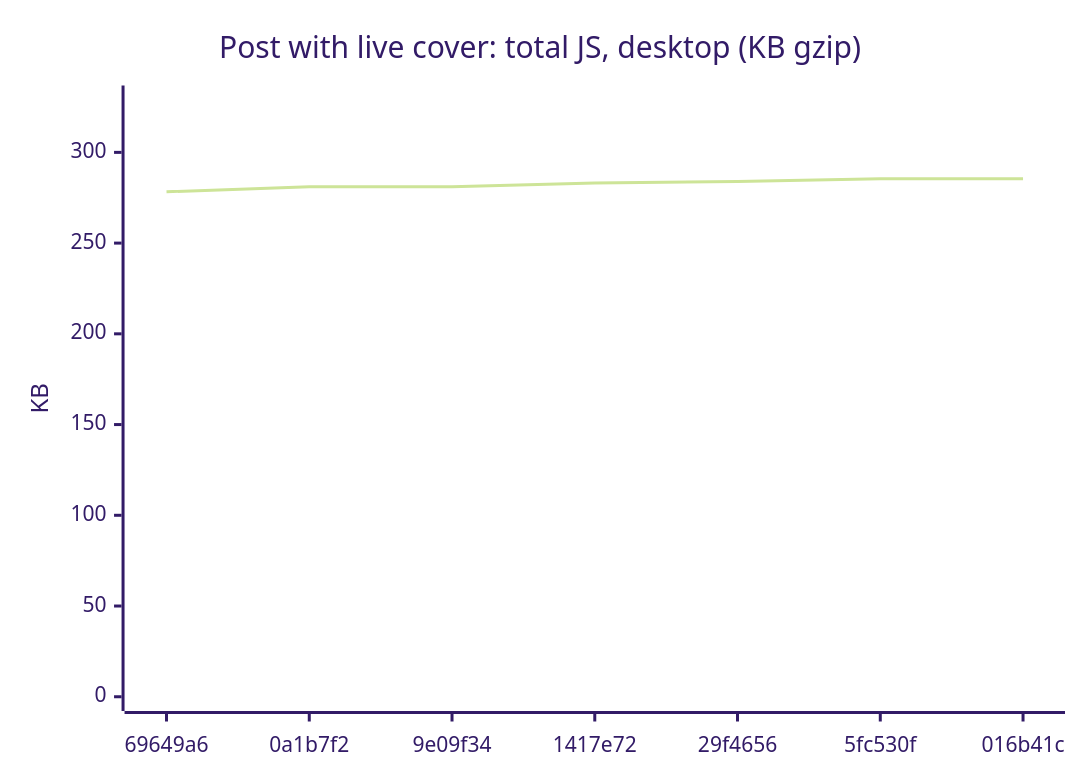
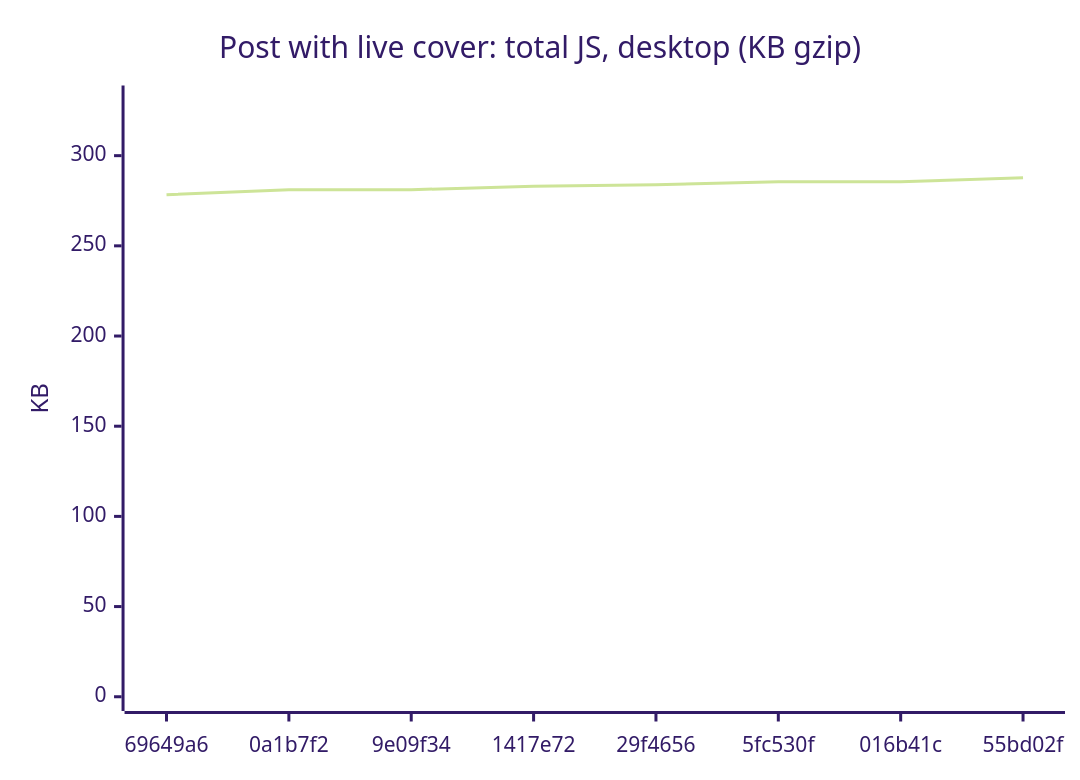
Before and after one commit to AxelUser/maltsev.space: diagram 13 of 18 in README.md, drawn with Mermaid (forest theme). The commit also changed other lines of this file and 1 other file, not shown here.

````diff
--- a/README.md
+++ b/README.md
@@ -143,7 +143,7 @@
 ```mermaid
 xychart-beta
   title "Post with live cover: total JS, desktop (KB gzip)"
-  x-axis ["69649a6", "0a1b7f2", "9e09f34", "1417e72", "29f4656", "5fc530f", "016b41c"]
-  y-axis "KB" 0 --> 329
-  line [278.3, 281.1, 281.1, 283.1, 283.9, 285.5, 285.5]
+  x-axis ["69649a6", "0a1b7f2", "9e09f34", "1417e72", "29f4656", "5fc530f", "016b41c", "55bd02f"]
+  y-axis "KB" 0 --> 331
+  line [278.3, 281.1, 281.1, 283.1, 283.9, 285.5, 285.5, 287.7]
 ```
````
